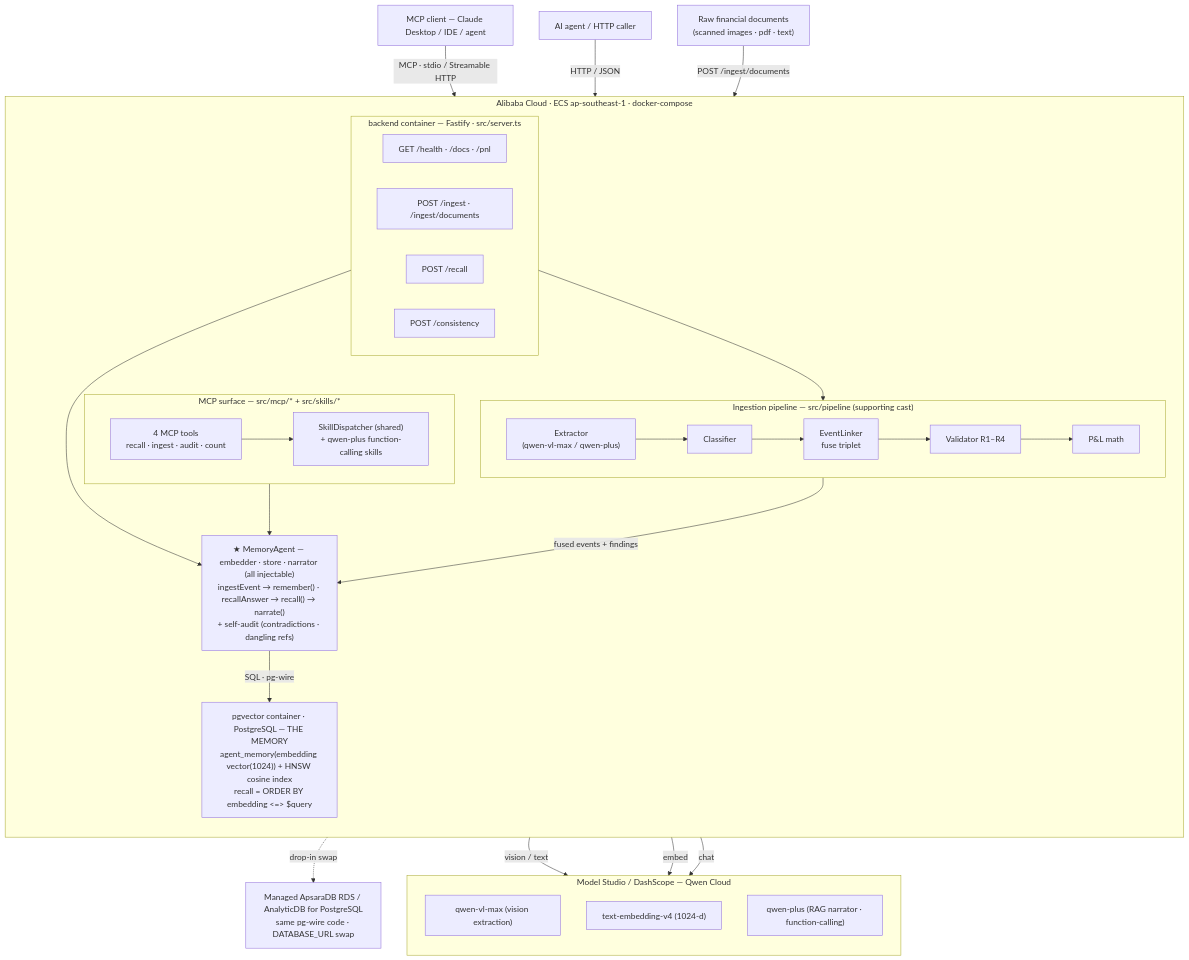
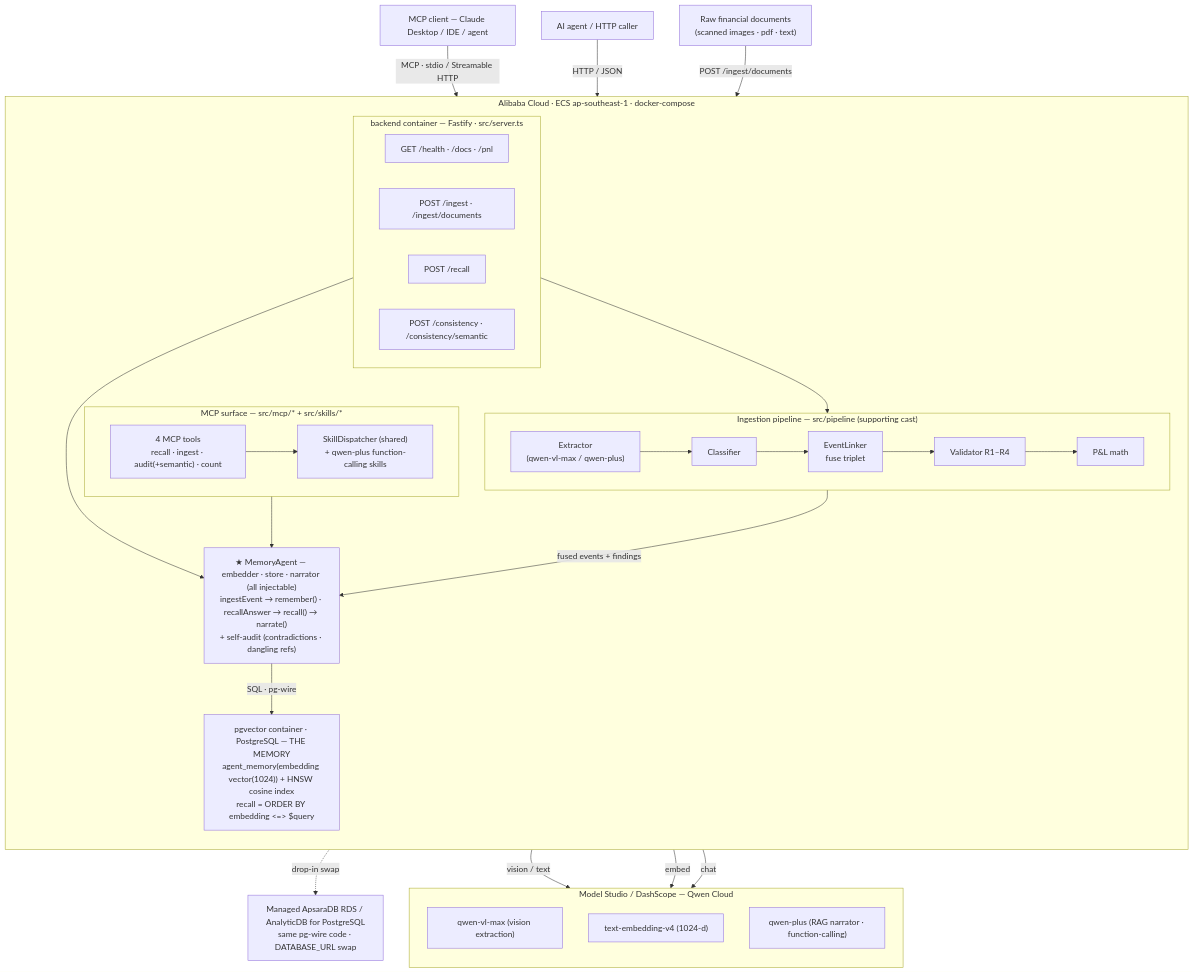
The diagram in README.md (upgradedev/archon-qwen-memoryagent), drawn with Mermaid before and after one commit. The commit also changed other lines of this file and 15 other files, not shown here.

First line of the commit message:
docs+feat: harmonize judge review, expose semantic audit over MCP, add semantic demo beat (#51)

````diff
--- a/README.md
+++ b/README.md
@@ -215,56 +215,56 @@
 ```mermaid
 flowchart TB
     Agent["AI agent / HTTP caller"]
     Docs["Raw financial documents<br/>(scanned images · pdf · text)"]
     MCPClient["MCP client — Claude Desktop / IDE / agent"]
 
     subgraph ECS["Alibaba Cloud · ECS ap-southeast-1 · docker-compose"]
         direction TB
         subgraph API["backend container — Fastify · src/server.ts"]
             direction LR
             H["GET /health · /docs · /pnl"]
             I["POST /ingest · /ingest/documents"]
             R["POST /recall"]
-            C["POST /consistency"]
+            C["POST /consistency · /consistency/semantic"]
         end
         subgraph PIPE["Ingestion pipeline — src/pipeline (supporting cast)"]
             direction LR
             EX["Extractor<br/>(qwen-vl-max / qwen-plus)"]
             CL["Classifier"]
             EL["EventLinker<br/>fuse triplet"]
             VA["Validator R1–R4"]
             PN["P&amp;L math"]
             EX --> CL --> EL --> VA --> PN
         end
         subgraph MCPSURF["MCP surface — src/mcp/* + src/skills/*"]
             direction LR
-            MT["4 MCP tools<br/>recall · ingest · audit · count"]
+            MT["4 MCP tools<br/>recall · ingest · audit(+semantic) · count"]
             SK["SkillDispatcher (shared)<br/>+ qwen-plus function-calling skills"]
         end
         MA["★ MemoryAgent — embedder · store · narrator (all injectable)<br/>ingestEvent → remember() · recallAnswer → recall() → narrate()<br/>+ self-audit (contradictions · dangling refs)"]
         DB["pgvector container · PostgreSQL — THE MEMORY<br/>agent_memory(embedding vector(1024)) + HNSW cosine index<br/>recall = ORDER BY embedding &lt;=&gt; $query"]
     end
 
     subgraph QWEN["Model Studio / DashScope — Qwen Cloud"]
         direction TB
         VL["qwen-vl-max (vision extraction)"]
         EMB["text-embedding-v4 (1024-d)"]
         LLM["qwen-plus (RAG narrator · function-calling)"]
     end
 
     RDS["Managed ApsaraDB RDS / AnalyticDB for PostgreSQL<br/>same pg-wire code · DATABASE_URL swap"]
 
     Agent -->|HTTP / JSON| API
     Docs -->|POST /ingest/documents| API
     API --> PIPE
     API --> MA
     PIPE -->|fused events + findings| MA
     EX -->|vision / text| VL
     MCPClient -->|MCP · stdio / Streamable HTTP| MT
     MT --> SK
     SK --> MA
     MA -->|embed| EMB
     MA -->|chat| LLM
     MA -->|SQL · pg-wire| DB
     DB -. drop-in swap .-> RDS
 ```
````
